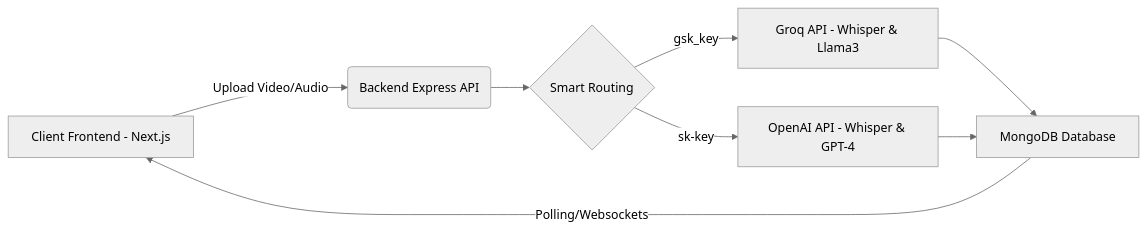
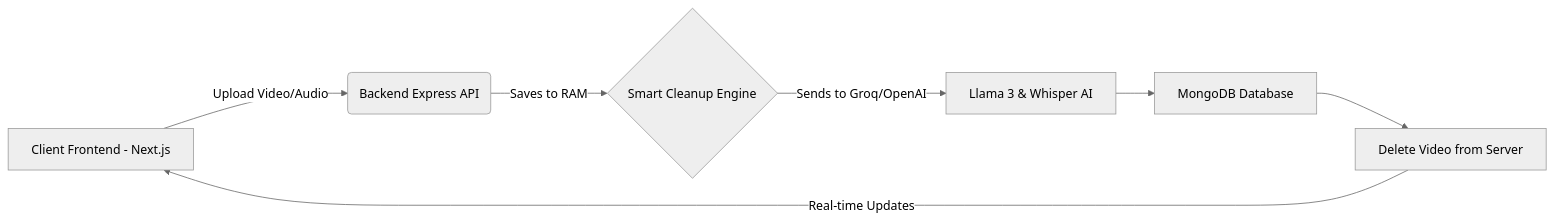
The diagram in README.md (muhammadtaimoorajmal/nexus-ai-converter), drawn with Mermaid (neutral theme) before and after one commit. The commit also changed other lines of this file, not shown here.

Commit message:
docs: Completely revamp README with top-class design and API key guide

````diff
--- a/README.md
+++ b/README.md
@@ -42,10 +79,9 @@
 ```mermaid
 graph LR
     A[Client Frontend - Next.js] -->|Upload Video/Audio| B(Backend Express API)
-    B --> C{Smart Routing}
-    C -->|gsk_key| D[Groq API - Whisper & Llama3]
-    C -->|sk-key| E[OpenAI API - Whisper & GPT-4]
-    D --> F[MongoDB Database]
-    E --> F
-    F -->|Polling/Websockets| A
+    B -->|Saves to RAM| C{Smart Cleanup Engine}
+    C -->|Sends to Groq/OpenAI| D[Llama 3 & Whisper AI]
+    D --> E[MongoDB Database]
+    E --> F[Delete Video from Server]
+    F -->|Real-time Updates| A
 ```
````
